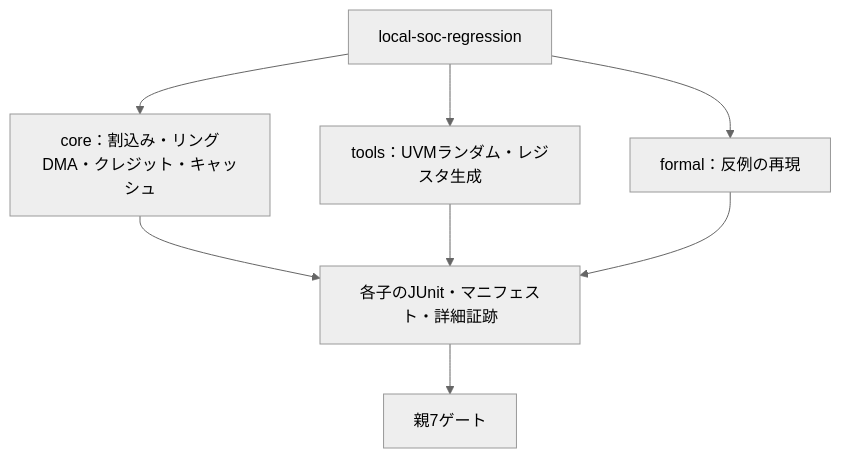
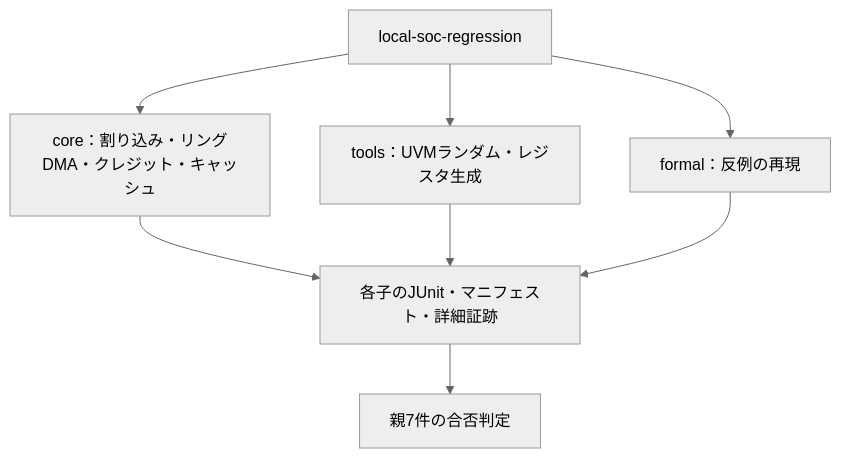
One commit to kurochan001/lsi-verification-method changed the diagram in examples/local-soc-regression/README.md. Above: the diagram before and after it, drawn with Mermaid (neutral theme). The commit also changed other lines of this file and 91 other files, not shown here.

````diff
--- a/examples/local-soc-regression/README.md
+++ b/examples/local-soc-regression/README.md
@@ -17,12 +17,12 @@
 ```mermaid
 flowchart TD
-  accTitle: 実行ステージと子回帰の内訳
+  accTitle: 実行ステージと子リグレッションの内訳
   accDescr: core・tools・formalを別々に選択でき、allでは7例すべての完了と成功を確認します。
-  P["local-soc-regression"] --> C["core：割込み・リングDMA・クレジット・キャッシュ"]
+  P["local-soc-regression"] --> C["core：割り込み・リングDMA・クレジット・キャッシュ"]
   P --> T["tools：UVMランダム・レジスタ生成"]
   P --> F["formal：反例の再現"]
   C --> E["各子のJUnit・マニフェスト・詳細証跡"]
   T --> E
   F --> E
-  E --> G["親7ゲート"]
+  E --> G["親7件の合否判定"]
 ```
````
